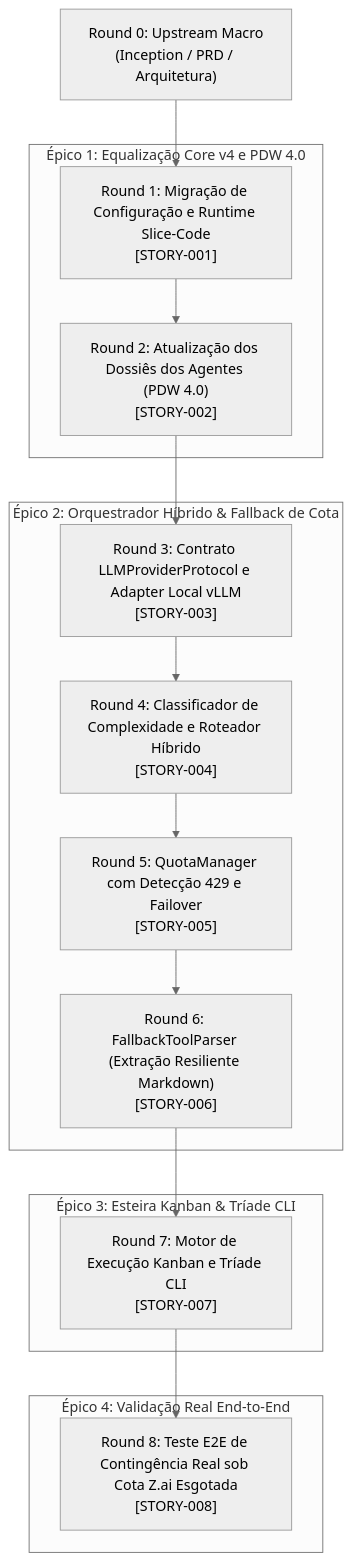
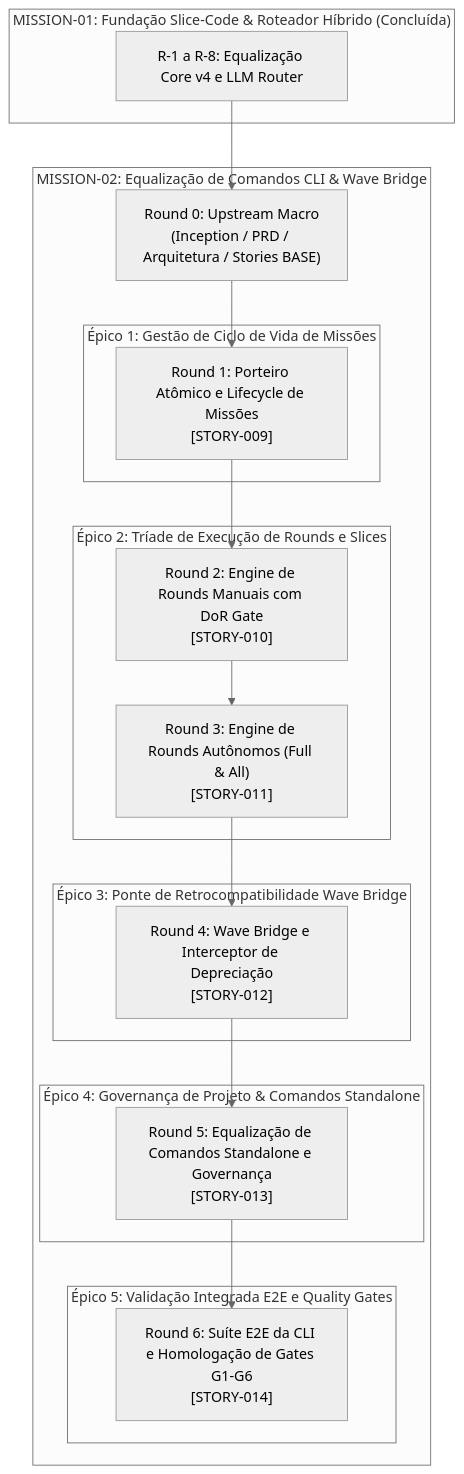
One commit to alexsandropontes/bombe-code changed the diagram in docs/projeto/sequenciador.md. Above: the diagram before and after it, drawn with Mermaid (neutral theme). The commit also changed other lines of this file and 16 other files, not shown here.

Commit message:
chore(mission-02): complete round-0 upstream macro for CLI commands parity

````diff
--- a/docs/projeto/sequenciador.md
+++ b/docs/projeto/sequenciador.md
@@ -22,31 +24,39 @@
 ```mermaid
 flowchart TD
-    R0["Round 0: Upstream Macro\n(Inception / PRD / Arquitetura)"] --> R1
-    
-    subgraph EP01["Épico 1: Equalização Core v4 e PDW 4.0"]
-        R1["Round 1: Migração de Configuração e Runtime Slice-Code\n[STORY-001]"]
-        R2["Round 2: Atualização dos Dossiês dos Agentes (PDW 4.0)\n[STORY-002]"]
-        R1 --> R2
+    subgraph M01["MISSION-01: Fundação Slice-Code & Roteador Híbrido (Concluída)"]
+        R01["R-1 a R-8: Equalização Core v4 e LLM Router"]
     end
 
-    subgraph EP02["Épico 2: Orquestrador Híbrido & Fallback de Cota"]
-        R3["Round 3: Contrato LLMProviderProtocol e Adapter Local vLLM\n[STORY-003]"]
-        R4["Round 4: Classificador de Complexidade e Roteador Híbrido\n[STORY-004]"]
-        R5["Round 5: QuotaManager com Detecção 429 e Failover\n[STORY-005]"]
-        R6["Round 6: FallbackToolParser (Extração Resiliente Markdown)\n[STORY-006]"]
-        R2 --> R3
-        R3 --> R4
-        R4 --> R5
-        R5 --> R6
+    subgraph M02["MISSION-02: Equalização de Comandos CLI & Wave Bridge"]
+        M02_R0["Round 0: Upstream Macro\n(Inception / PRD / Arquitetura / Stories BASE)"]
+        
+        subgraph EP01_M2["Épico 1: Gestão de Ciclo de Vida de Missões"]
+            R1["Round 1: Porteiro Atômico e Lifecycle de Missões\n[STORY-009]"]
+        end
+        
+        subgraph EP02_M2["Épico 2: Tríade de Execução de Rounds e Slices"]
+            R2["Round 2: Engine de Rounds Manuais com DoR Gate\n[STORY-010]"]
+            R3["Round 3: Engine de Rounds Autônomos (Full & All)\n[STORY-011]"]
+            R2 --> R3
+        end
+        
+        subgraph EP03_M2["Épico 3: Ponte de Retrocompatibilidade Wave Bridge"]
+            R4["Round 4: Wave Bridge e Interceptor de Depreciação\n[STORY-012]"]
+        end
+        
+        subgraph EP04_M2["Épico 4: Governança de Projeto & Comandos Standalone"]
+            R5["Round 5: Equalização de Comandos Standalone e Governança\n[STORY-013]"]
+        end
+        
+        subgraph EP05_M2["Épico 5: Validação Integrada E2E e Quality Gates"]
+            R6["Round 6: Suíte E2E da CLI e Homologação de Gates G1-G6\n[STORY-014]"]
+        end
     end
 
-    subgraph EP03["Épico 3: Esteira Kanban & Tríade CLI"]
-        R7["Round 7: Motor de Execução Kanban e Tríade CLI\n[STORY-007]"]
-        R6 --> R7
-    end
-
-    subgraph EP04["Épico 4: Validação Real End-to-End"]
-        R8["Round 8: Teste E2E de Contingência Real sob Cota Z.ai Esgotada\n[STORY-008]"]
-        R7 --> R8
-    end
+    R01 --> M02_R0
+    M02_R0 --> R1
+    R1 --> R2
+    R3 --> R4
+    R4 --> R5
+    R5 --> R6
 ```
````
